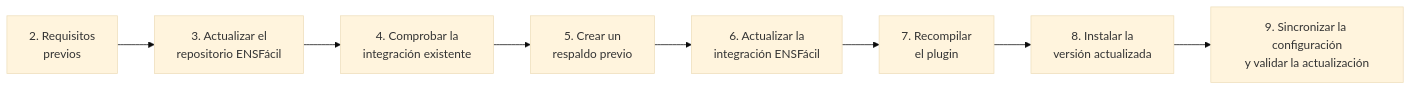
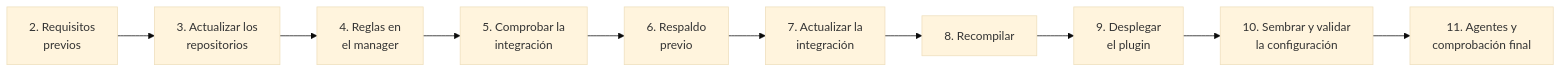
The diagram in docs/deployment/02-updating-an-existing-environment.md (arseniteio/power-ens), drawn with Mermaid (base theme) before and after one commit. The commit also changed other lines of this file and 7 other files, not shown here.

````diff
--- a/docs/deployment/02-updating-an-existing-environment.md
+++ b/docs/deployment/02-updating-an-existing-environment.md
@@ -12,10 +12,12 @@
 ```mermaid
 flowchart LR
-  A["2. Requisitos<br/>previos"] --> B["3. Actualizar el<br/>repositorio ENSFácil"]
-  B --> C["4. Comprobar la<br/>integración existente"]
-  C --> D["5. Crear un<br/>respaldo previo"]
-  D --> E["6. Actualizar la<br/>integración ENSFácil"]
-  E --> F["7. Recompilar<br/>el plugin"]
-  F --> G["8. Instalar la<br/>versión actualizada"]
-  G --> H["9. Sincronizar la configuración<br/>y validar la actualización"]
+  A["2. Requisitos<br/>previos"] --> B["3. Actualizar los<br/>repositorios"]
+  B --> C["4. Reglas en<br/>el manager"]
+  C --> D["5. Comprobar la<br/>integración"]
+  D --> E["6. Respaldo<br/>previo"]
+  E --> F["7. Actualizar la<br/>integración"]
+  F --> G["8. Recompilar"]
+  G --> H["9. Desplegar<br/>el plugin"]
+  H --> I["10. Sembrar y validar<br/>la configuración"]
+  I --> J["11. Agentes y<br/>comprobación final"]
 ```
````
